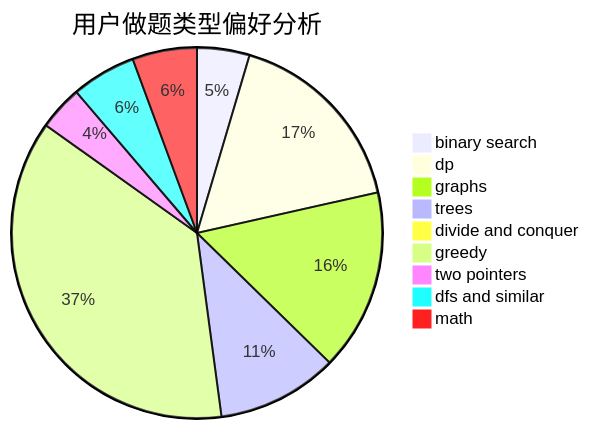
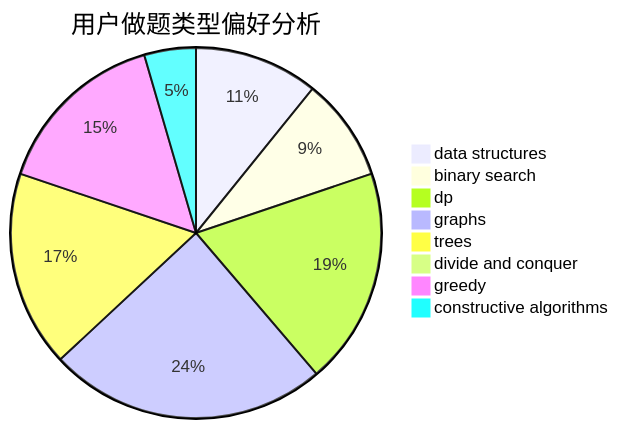
The second of 3 diagrams in docs/user/u1859.md (sherpahu/cfrs.github.io), drawn with Mermaid before and after one commit. The commit also changed other lines of this file and 2775 other files, not shown here.

````diff
--- a/docs/user/u1859.md
+++ b/docs/user/u1859.md
@@ -23,12 +23,11 @@
 ```mermaid
 pie title 用户做题类型偏好分析
-    "binary search" :  13
-    "dp" :  48
-    "graphs" :  45
-    "trees" :  30
+    "data structures" :  12
+    "binary search" :  10
+    "dp" :  21
+    "graphs" :  27
+    "trees" :  19
     "divide and conquer" :  0
-    "greedy" :  105
-    "two pointers" :  11
-    "dfs and similar" :  16
-    "math" :  16
+    "greedy" :  17
+    "constructive algorithms" :  5
 ```
````
